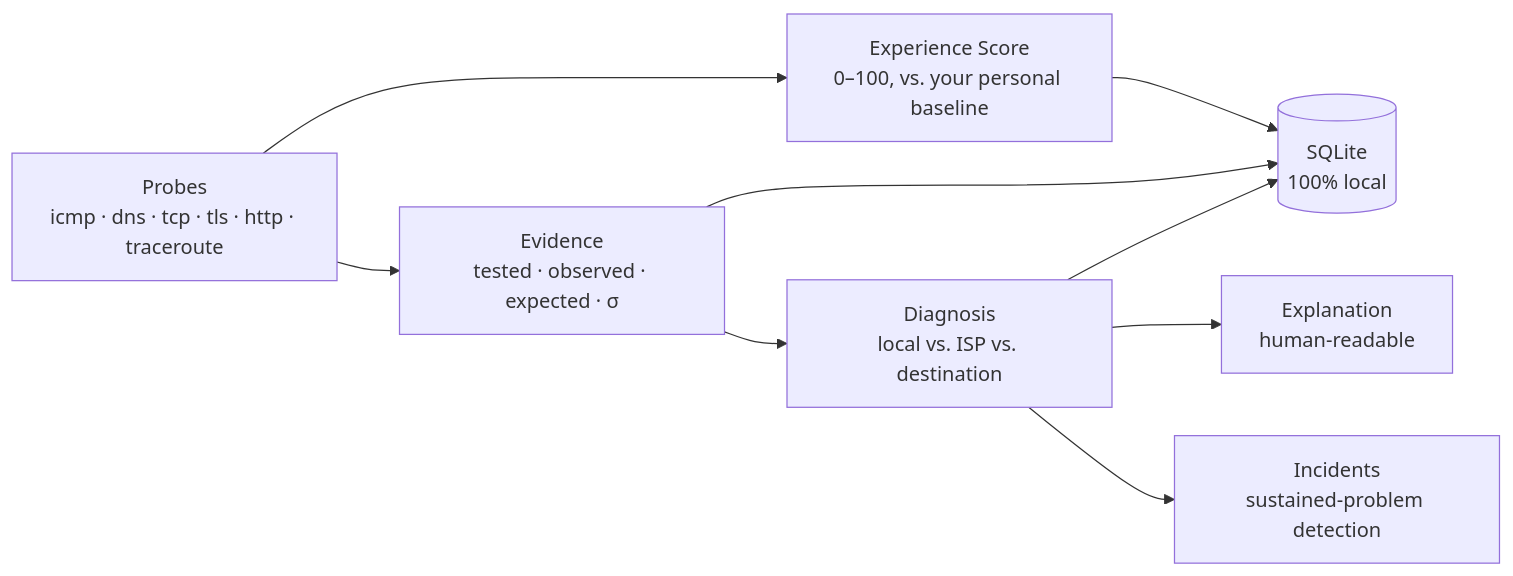
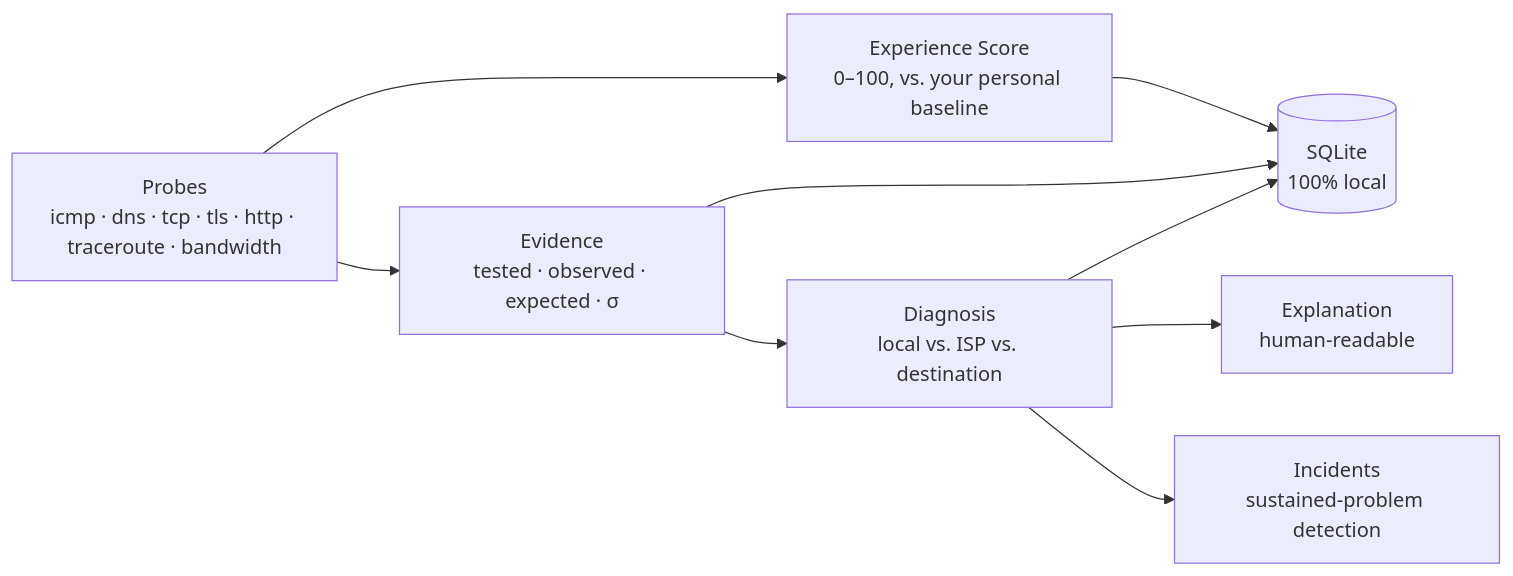
The diagram in README.md (Abolfazlrwm/netscope), drawn with Mermaid before and after one commit. The commit also changed other lines of this file and 2 other files, not shown here.

````diff
--- a/README.md
+++ b/README.md
@@ -13,9 +13,9 @@
 ```mermaid
 flowchart LR
-    P[Probes<br/>icmp · dns · tcp · tls · http · traceroute] --> S[Experience Score<br/>0–100, vs. your personal baseline]
+    P[Probes<br/>icmp · dns · tcp · tls · http · traceroute · bandwidth] --> S[Experience Score<br/>0–100, vs. your personal baseline]
     P --> E[Evidence<br/>tested · observed · expected · σ]
     E --> D[Diagnosis<br/>local vs. ISP vs. destination]
     D --> X[Explanation<br/>human-readable]
     D --> I[Incidents<br/>sustained-problem detection]
     S & E & D --> DB[(SQLite<br/>100% local)]
 ```
````
